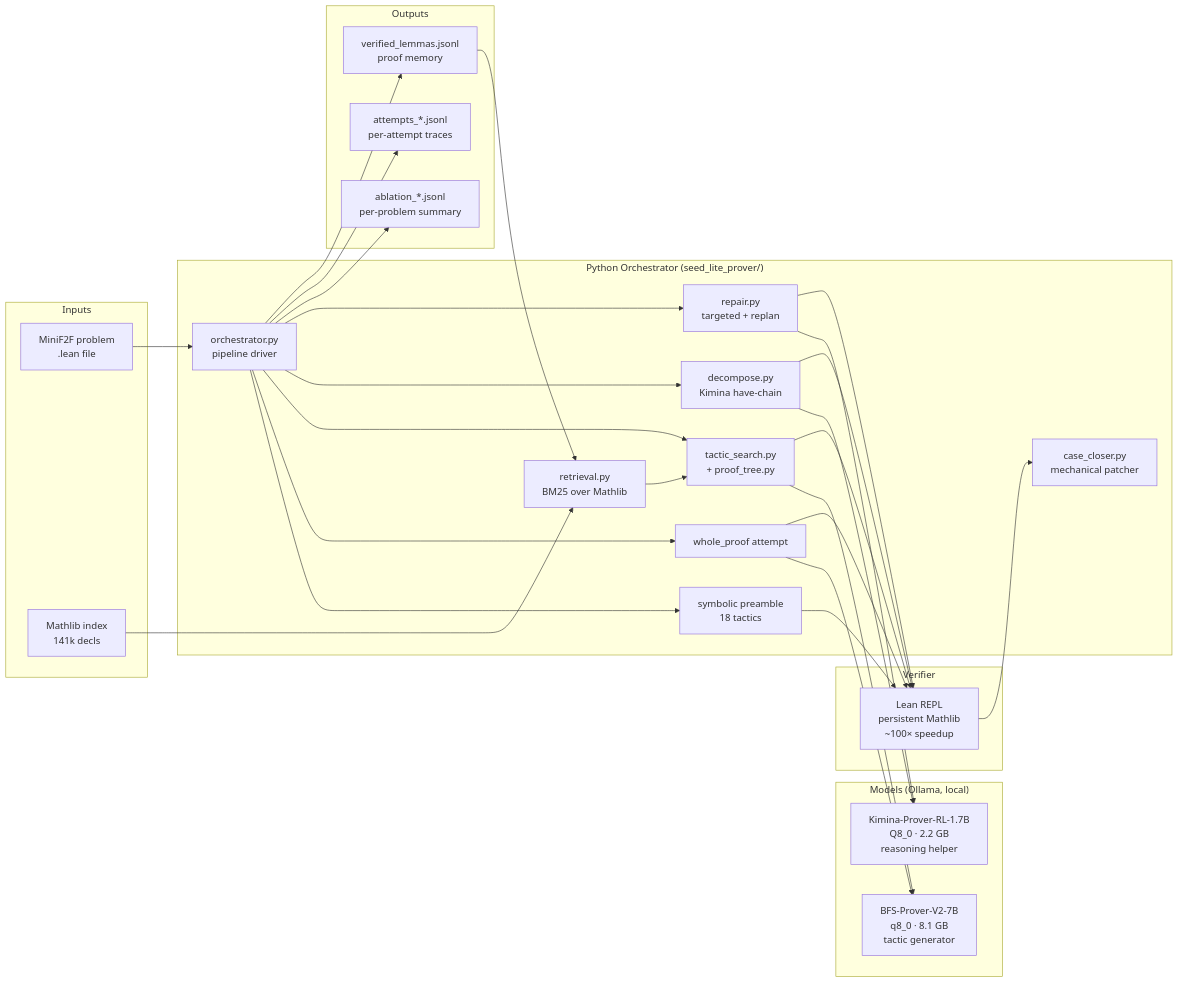
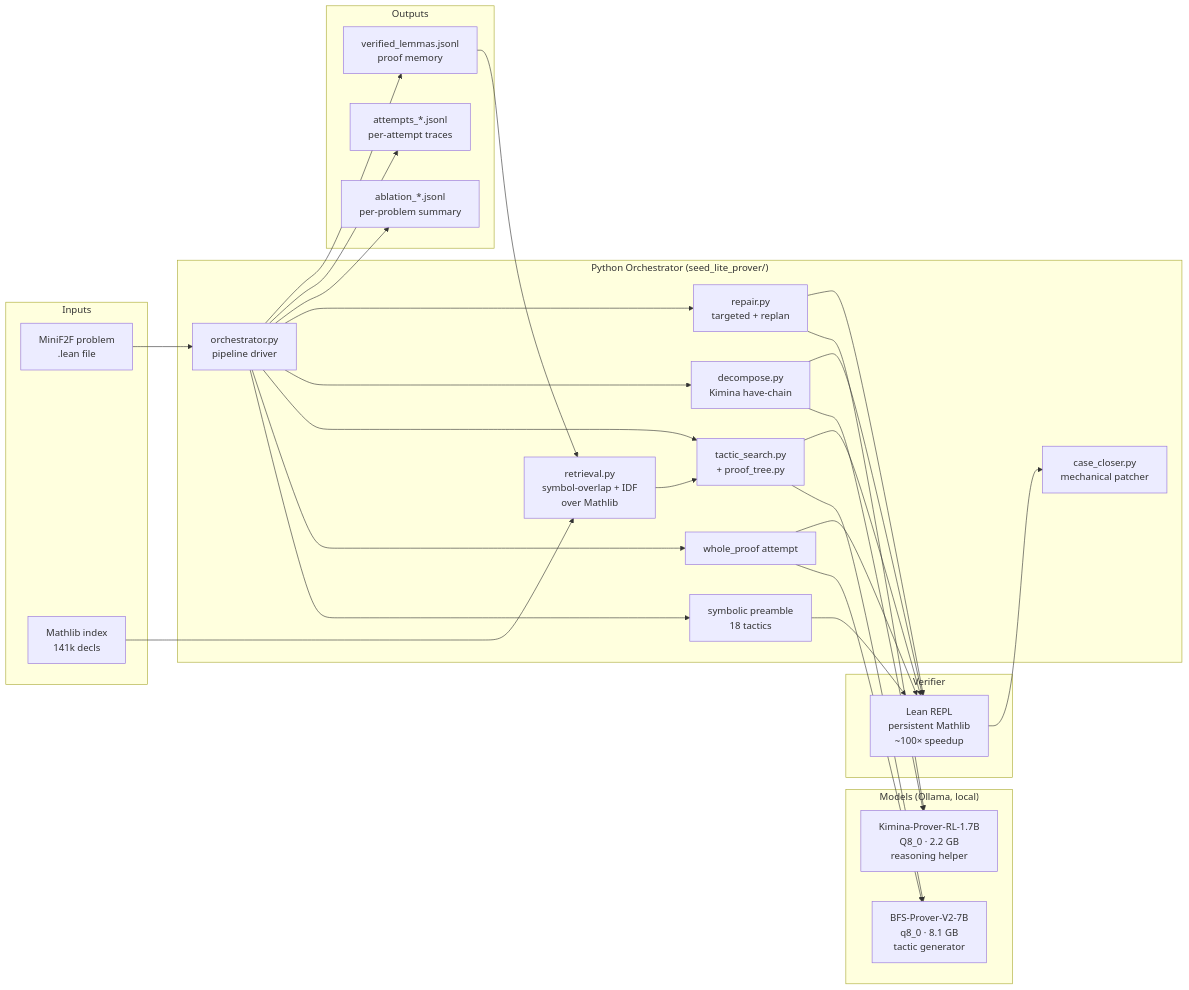
The diagram in README.md (nevasini1/seed-lite-prover), drawn with Mermaid before and after one commit. The commit also changed other lines of this file and 12 other files, not shown here.

````diff
--- a/README.md
+++ b/README.md
@@ -262,51 +297,51 @@
 ```mermaid
 flowchart LR
     subgraph Inputs
         P[MiniF2F problem<br/>.lean file]
         M[Mathlib index<br/>141k decls]
     end
 
     subgraph Models["Models (Ollama, local)"]
         BFS[BFS-Prover-V2-7B<br/>q8_0 · 8.1 GB<br/>tactic generator]
         K[Kimina-Prover-RL-1.7B<br/>Q8_0 · 2.2 GB<br/>reasoning helper]
     end
 
     subgraph Verifier
         REPL[Lean REPL<br/>persistent Mathlib<br/>~100× speedup]
     end
 
     subgraph Orchestrator["Python Orchestrator (seed_lite_prover/)"]
         ORC[orchestrator.py<br/>pipeline driver]
         SYM[symbolic preamble<br/>18 tactics]
         WP[whole_proof attempt]
         CC[case_closer.py<br/>mechanical patcher]
         TS[tactic_search.py<br/>+ proof_tree.py]
-        RET[retrieval.py<br/>BM25 over Mathlib]
+        RET[retrieval.py<br/>symbol-overlap + IDF<br/>over Mathlib]
         DEC[decompose.py<br/>Kimina have-chain]
         REP[repair.py<br/>targeted + replan]
     end
 
     subgraph Outputs
         SUM[ablation_*.jsonl<br/>per-problem summary]
         ATT[attempts_*.jsonl<br/>per-attempt traces]
         CACHE[verified_lemmas.jsonl<br/>proof memory]
     end
 
     P --> ORC
     M --> RET
     ORC --> SYM --> REPL
     ORC --> WP --> BFS
     WP --> REPL
     REPL --> CC
     ORC --> TS --> BFS
     TS --> REPL
     RET --> TS
     ORC --> DEC --> K
     DEC --> REPL
     ORC --> REP --> K
     REP --> REPL
     ORC --> SUM
     ORC --> ATT
     ORC --> CACHE
     CACHE --> RET
 ```
````
